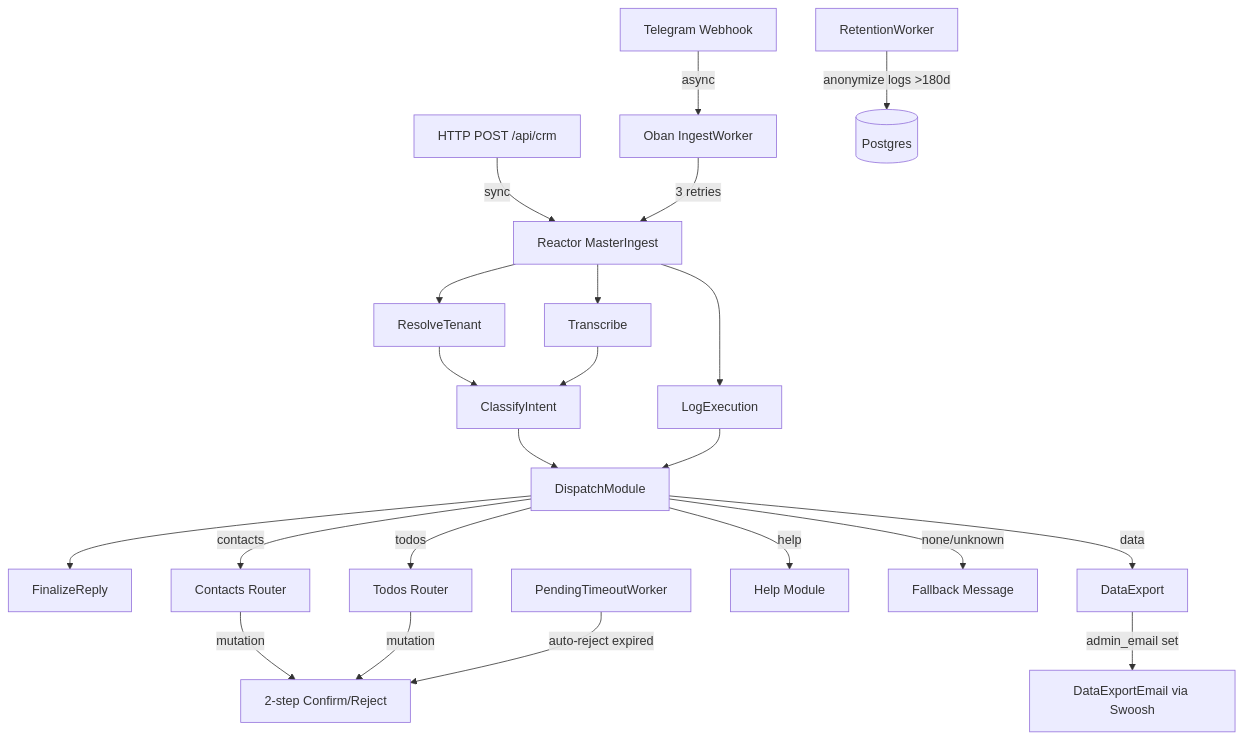
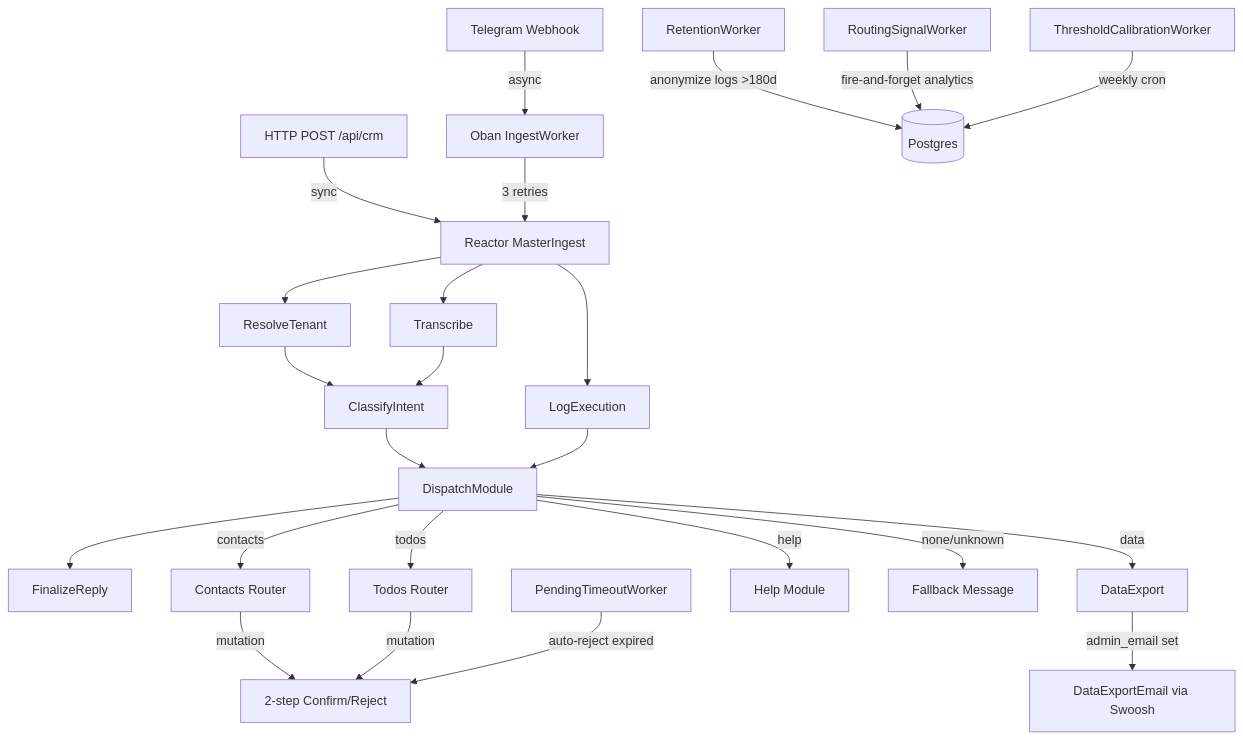
One commit to ndrean/reactor-crm_ex changed the first of 7 diagrams in README.md. Above: the diagram before and after it, drawn with Mermaid. The commit also changed other lines of this file and 84 other files, not shown here.

````diff
--- a/README.md
+++ b/README.md
@@ -7,28 +10,30 @@
 ```mermaid
 graph TB
     A[HTTP POST /api/crm] -->|sync| R[Reactor MasterIngest]
     T[Telegram Webhook] -->|async| O[Oban IngestWorker]
     O -->|3 retries| R
 
     R --> RT[ResolveTenant]
     R --> TR[Transcribe]
     R --> LE[LogExecution]
     RT --> CI[ClassifyIntent]
     TR --> CI
     CI --> DM[DispatchModule]
     LE --> DM
     DM --> FR[FinalizeReply]
 
     DM -->|contacts| C[Contacts Router]
     DM -->|todos| TD[Todos Router]
     DM -->|data| DE[DataExport]
     DM -->|help| H[Help Module]
     DM -->|none/unknown| FB[Fallback Message]
 
     C -->|mutation| M[2-step Confirm/Reject]
     TD -->|mutation| M
 
     DE -->|admin_email set| EM[DataExportEmail via Swoosh]
     PT[PendingTimeoutWorker] -->|auto-reject expired| M
     RW[RetentionWorker] -->|anonymize logs >180d| DB[(Postgres)]
+    RSW[RoutingSignalWorker] -->|fire-and-forget analytics| DB
+    TCW[ThresholdCalibrationWorker] -->|weekly cron| DB
 ```
````
